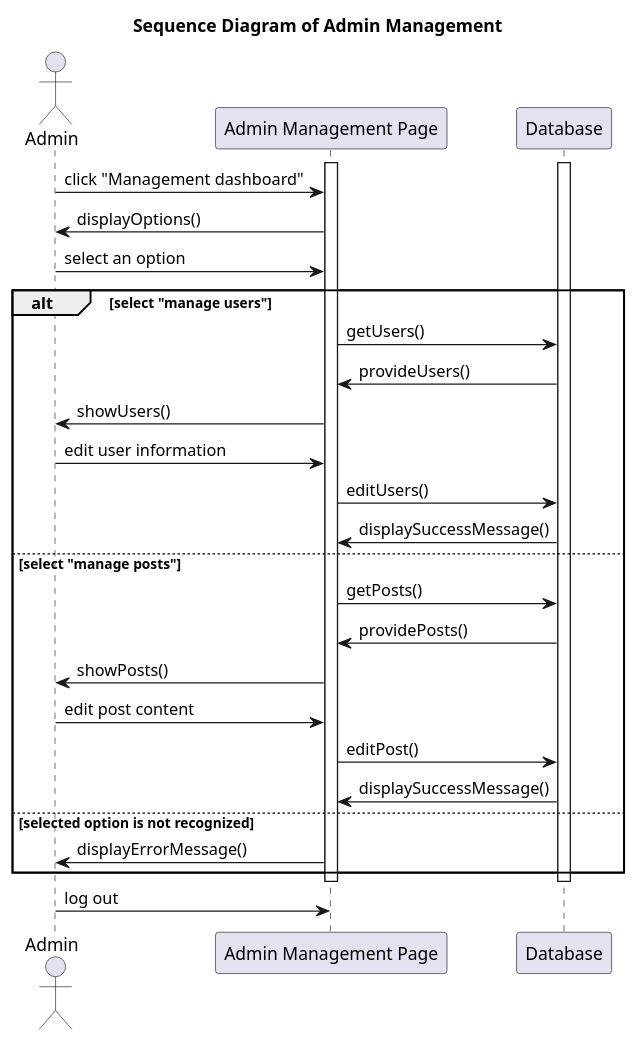
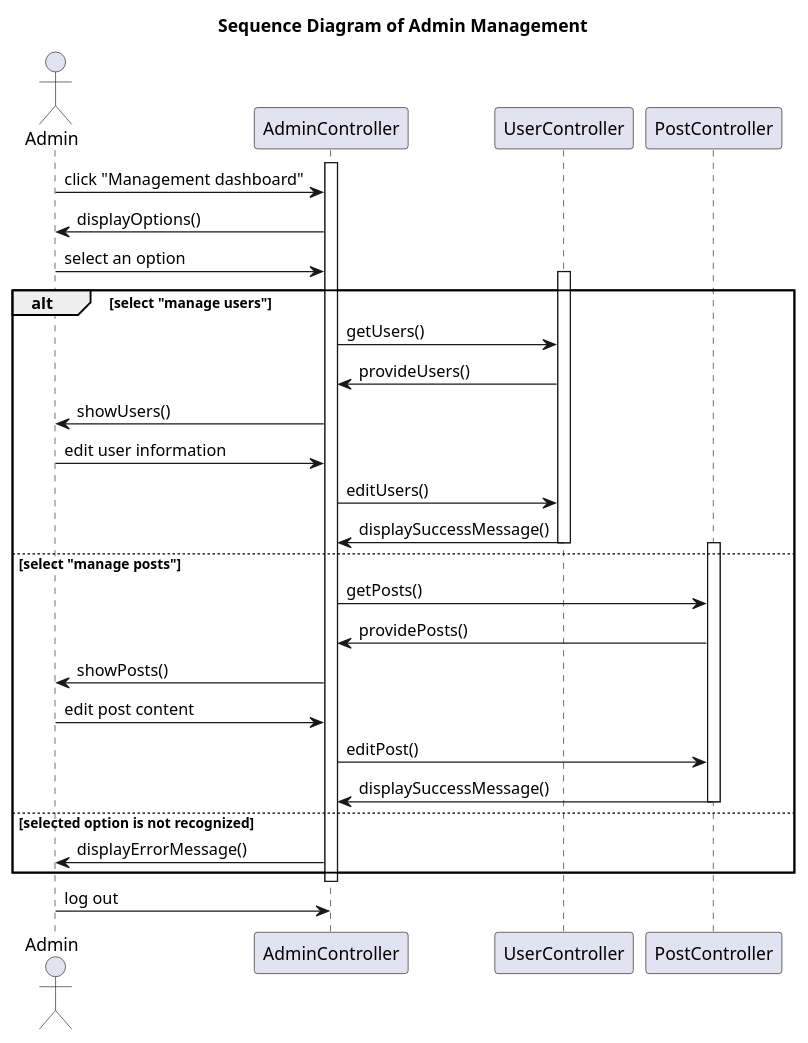
One commit to Vizards8/Hey_Badminton changed the diagram in Sequence Diagram/admin management.puml. Above: the diagram before and after it, drawn with PlantUML. The commit also changed 5 other files, not shown here.

```diff
--- a/Sequence Diagram/admin management.puml
+++ b/Sequence Diagram/admin management.puml
@@ -1,48 +1,52 @@
 @startuml
 title Sequence Diagram of Admin Management
 
 actor Admin
 
-participant "Admin Management Page" as System
+participant "AdminController" as System
+participant "UserController" as UC
+participant "PostController" as PC
 
 activate System
-activate Database
 
 Admin -> System: click "Management dashboard"
 System -> Admin: displayOptions()
 Admin -> System: select an option
 
 alt select "manage users"
 
-    System -> Database: getUsers()
-    Database -> System: provideUsers()
+    activate UC
+    System -> UC: getUsers()
+    UC -> System: provideUsers()
 
     System -> Admin: showUsers()
     Admin -> System: edit user information
 
-    System -> Database: editUsers()
-    Database -> System: displaySuccessMessage()
+    System -> UC: editUsers()
+    UC -> System: displaySuccessMessage()
+    deactivate UC
 
 else select "manage posts"
 
-    System -> Database: getPosts()
-    Database -> System: providePosts()
+    activate PC
+    System -> PC: getPosts()
+    PC -> System: providePosts()
 
     System -> Admin: showPosts()
     Admin -> System: edit post content
 
-    System -> Database: editPost()
-    Database -> System: displaySuccessMessage()
+    System -> PC: editPost()
+    PC -> System: displaySuccessMessage()
+    deactivate PC
 
 else selected option is not recognized
 
     System -> Admin: displayErrorMessage()
 
 end
 
-deactivate Database
 deactivate System
 
 Admin -> System: log out
 
 @enduml
```
